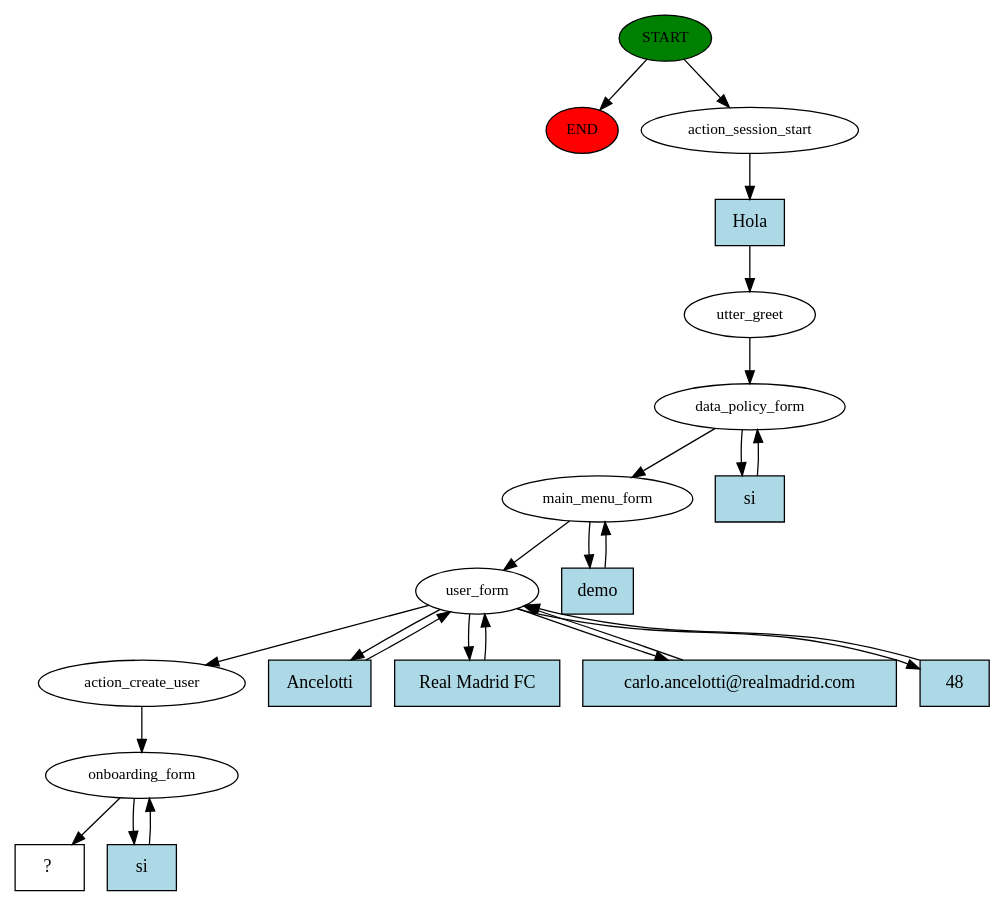
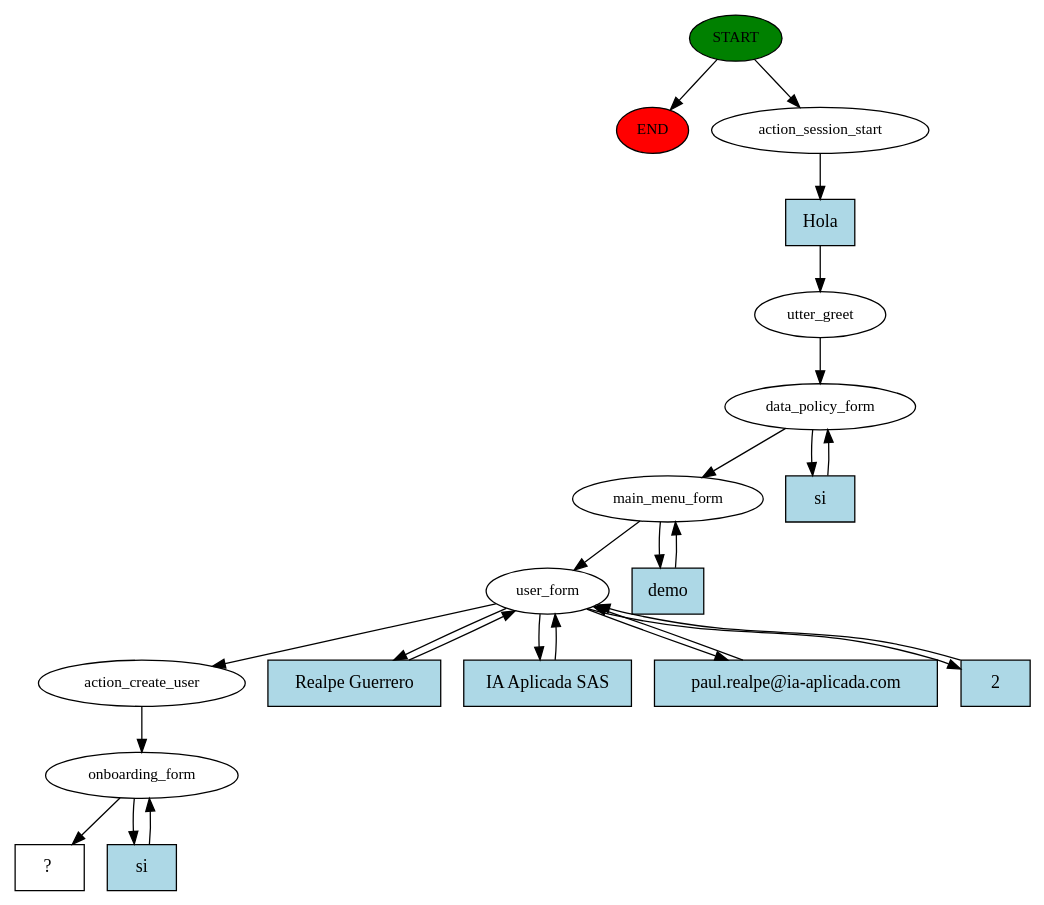
Before and after one commit to carlosfrubio/doit.cara_comercial: the diagram in story_graph.dot, drawn with Graphviz. The commit also changed 4 other files, not shown here.

```diff
--- a/story_graph.dot
+++ b/story_graph.dot
@@ -1,44 +1,44 @@
 digraph  {
 0 [class="start active", fillcolor=green, fontsize=12, label=START, style=filled];
 "-1" [class=end, fillcolor=red, fontsize=12, label=END, style=filled];
 1 [class=active, fontsize=12, label=action_session_start];
 2 [class=active, fontsize=12, label=utter_greet];
 3 [class=active, fontsize=12, label=data_policy_form];
 5 [class=active, fontsize=12, label=main_menu_form];
 7 [class=active, fontsize=12, label=user_form];
 13 [class=active, fontsize=12, label=action_create_user];
 14 [class=active, fontsize=12, label=onboarding_form];
 18 [class="intent dashed active", label="  ?  ", shape=rect];
 19 [class="intent active", fillcolor=lightblue, label=Hola, shape=rect, style=filled];
 20 [class="intent active", fillcolor=lightblue, label=si, shape=rect, style=filled];
 21 [class="intent active", fillcolor=lightblue, label=demo, shape=rect, style=filled];
-22 [class="intent active", fillcolor=lightblue, label=Ancelotti, shape=rect, style=filled];
-23 [class="intent active", fillcolor=lightblue, label="Real Madrid FC", shape=rect, style=filled];
-24 [class="intent active", fillcolor=lightblue, label="carlo.ancelotti@realmadrid.com", shape=rect, style=filled];
-25 [class="intent active", fillcolor=lightblue, label=48, shape=rect, style=filled];
+22 [class="intent active", fillcolor=lightblue, label="Realpe Guerrero", shape=rect, style=filled];
+23 [class="intent active", fillcolor=lightblue, label="IA Aplicada SAS", shape=rect, style=filled];
+24 [class="intent active", fillcolor=lightblue, label="paul.realpe@ia-aplicada.com", shape=rect, style=filled];
+25 [class="intent active", fillcolor=lightblue, label=2, shape=rect, style=filled];
 26 [class="intent active", fillcolor=lightblue, label=si, shape=rect, style=filled];
 0 -> "-1"  [class="", key=NONE, label=""];
 0 -> 1  [class=active, key=NONE, label=""];
 1 -> 19  [class=active, key=0];
 2 -> 3  [class=active, key=NONE, label=""];
 3 -> 5  [class=active, key=NONE, label=""];
 3 -> 20  [class=active, key=0];
 5 -> 7  [class=active, key=NONE, label=""];
 5 -> 21  [class=active, key=0];
 7 -> 13  [class=active, key=NONE, label=""];
 7 -> 22  [class=active, key=0];
 7 -> 23  [class=active, key=0];
 7 -> 24  [class=active, key=0];
 7 -> 25  [class=active, key=0];
 13 -> 14  [class=active, key=NONE, label=""];
 14 -> 18  [class=active, key=NONE, label=""];
 14 -> 26  [class=active, key=0];
 19 -> 2  [class=active, key=0];
 20 -> 3  [class=active, key=0];
 21 -> 5  [class=active, key=0];
 22 -> 7  [class=active, key=0];
 23 -> 7  [class=active, key=0];
 24 -> 7  [class=active, key=0];
 25 -> 7  [class=active, key=0];
 26 -> 14  [class=active, key=0];
 }
```
